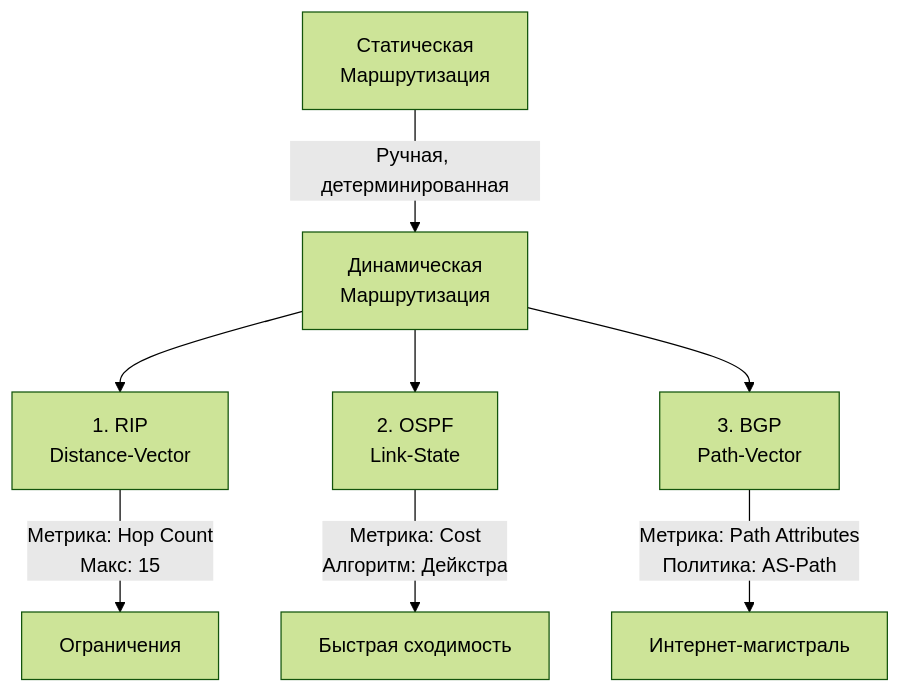
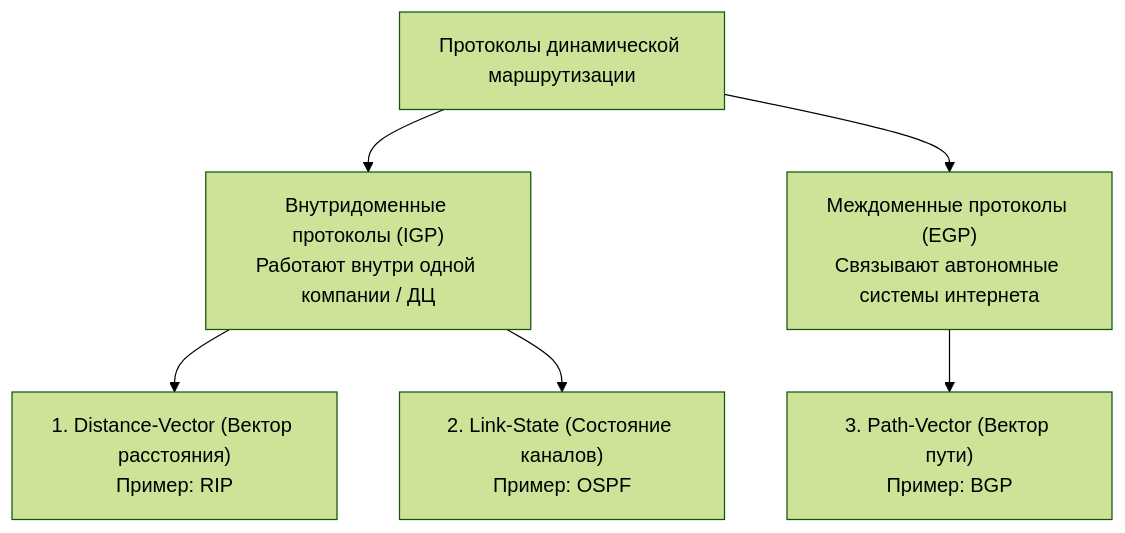
The third of 7 diagrams in sources/3. Компьютерные сети и сетевой стек/7. Статическая и динамическая маршрутизация. RIP, OSPF, BGP.md (UnrealTemplier/go-textbook), drawn with Mermaid (forest theme) before and after one commit. The commit also changed other lines of this file, not shown here.

Commit message:
feat(module-03): editorial rewrite of Lecture 07 (Static and Dynamic Routing, RIP, OSPF, BGP, Netlink in Go) in Kernighan style

````diff
--- a/sources/3. Компьютерные сети и сетевой стек/7. Статическая и динамическая маршрутизация. RIP, OSPF, BGP.md
+++ b/sources/3. Компьютерные сети и сетевой стек/7. Статическая и динамическая маршрутизация. RIP, OSPF, BGP.md
@@ -60,10 +89,15 @@
 ```mermaid
 flowchart TD
-    A["Статическая<br>Маршрутизация"] -->|"Ручная, детерминированная"| B["Динамическая<br>Маршрутизация"]
-    B --> C["1. RIP<br>Distance-Vector"]
-    B --> D["2. OSPF<br>Link-State"]
-    B --> E["3. BGP<br>Path-Vector"]
-    C -->|"Метрика: Hop Count<br>Макс: 15"| F["Ограничения"]
-    D -->|"Метрика: Cost<br>Алгоритм: Дейкстра"| G["Быстрая сходимость"]
-    E -->|"Метрика: Path Attributes<br>Политика: AS-Path"| H["Интернет-магистраль"]
+    RoutingProtocols["Протоколы динамической маршрутизации"]
+    
+    IGP["Внутридоменные протоколы (IGP)<br/>Работают внутри одной компании / ДЦ"]
+    EGP["Междоменные протоколы (EGP)<br/>Связывают автономные системы интернета"]
+    
+    RoutingProtocols --> IGP
+    RoutingProtocols --> EGP
+    
+    IGP --> DV["1. Distance-Vector (Вектор расстояния)<br/>Пример: RIP"]
+    IGP --> LS["2. Link-State (Состояние каналов)<br/>Пример: OSPF"]
+    
+    EGP --> PV["3. Path-Vector (Вектор пути)<br/>Пример: BGP"]
 ```
````
